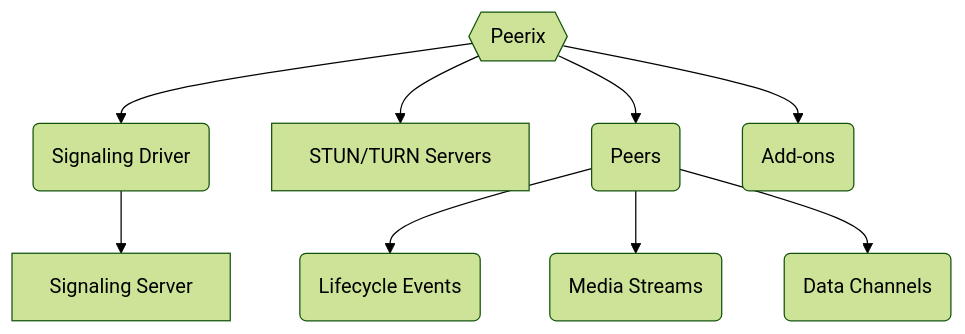
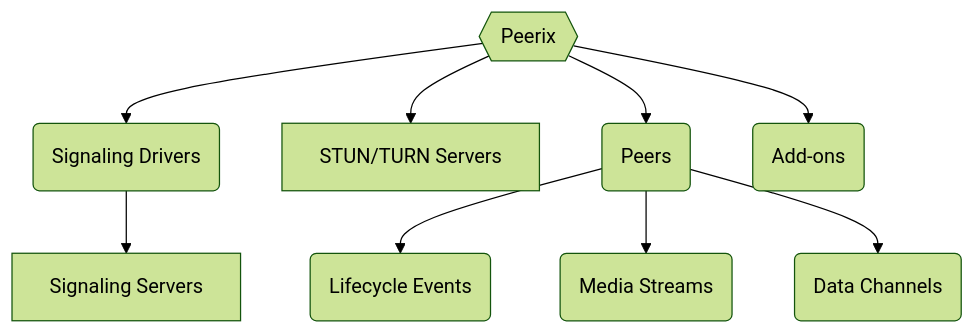
The diagram in README.md (meefik/peerix), drawn with Mermaid (forest theme) before and after one commit. The commit also changed other lines of this file and 3 other files, not shown here.

````diff
--- a/README.md
+++ b/README.md
@@ -20,11 +20,11 @@
 ```mermaid
 graph TD
-  PX{{Peerix}} --> SD(Signaling Driver)
-  SD --> SS[Signaling Server]
+  PX{{Peerix}} --> SD(Signaling Drivers)
+  SD --> SS[Signaling Servers]
   PX --> ICE[STUN/TURN Servers]
   PX --> PC(Peers)
   PC --> LCE(Lifecycle Events)
   PC --> MS(Media Streams)
   PC --> DC(Data Channels)
   PX --> ADD(Add-ons)
 ```
````
